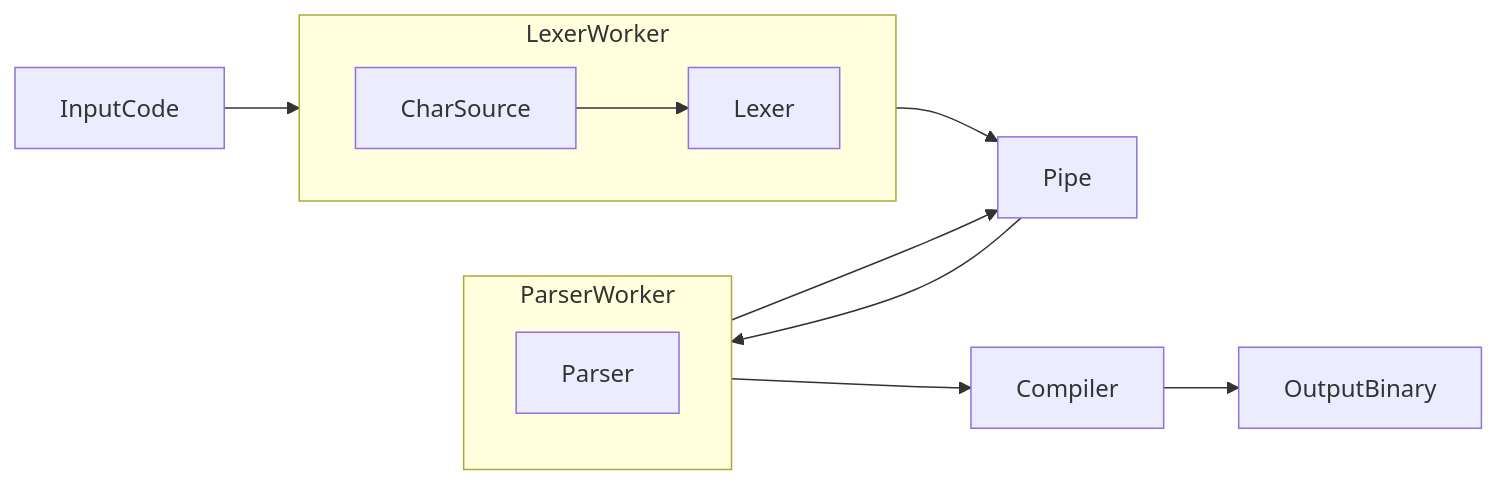
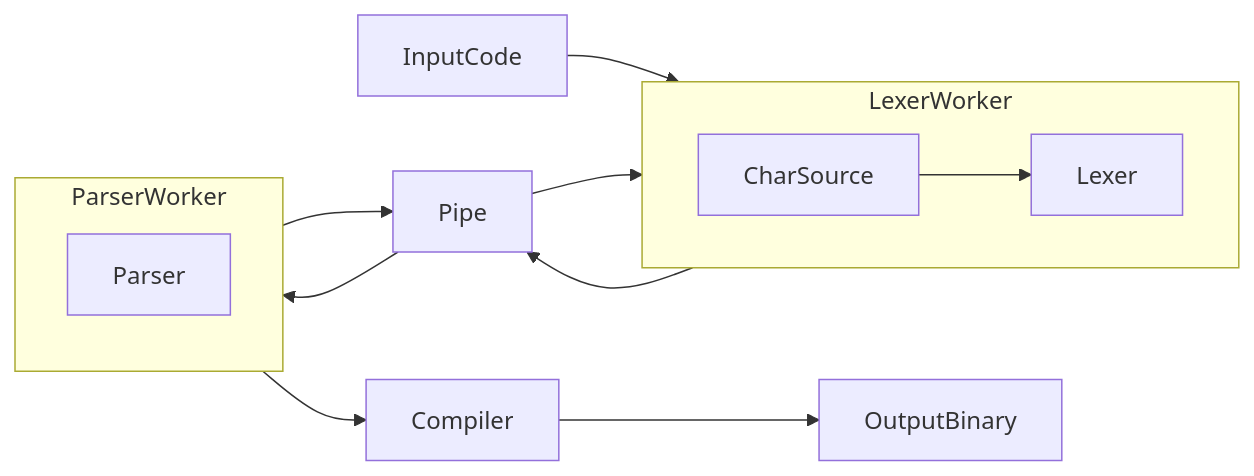
One commit to astrophysik/Compiler-Cpm changed the diagram in README.md. Above: the diagram before and after it, drawn with Mermaid.

````diff
--- a/README.md
+++ b/README.md
@@ -60,16 +60,17 @@
   ```mermaid
 flowchart LR
     direction TB
     subgraph LexerWorker
         direction LR
         CharSource-->Lexer
     end
     subgraph ParserWorker
         Parser
     end
     InputCode-->LexerWorker
     LexerWorker-->Pipe-->ParserWorker
     ParserWorker-->Pipe
+    Pipe-->LexerWorker
     ParserWorker-->Compiler
     Compiler-->OutputBinary
 ```
````
